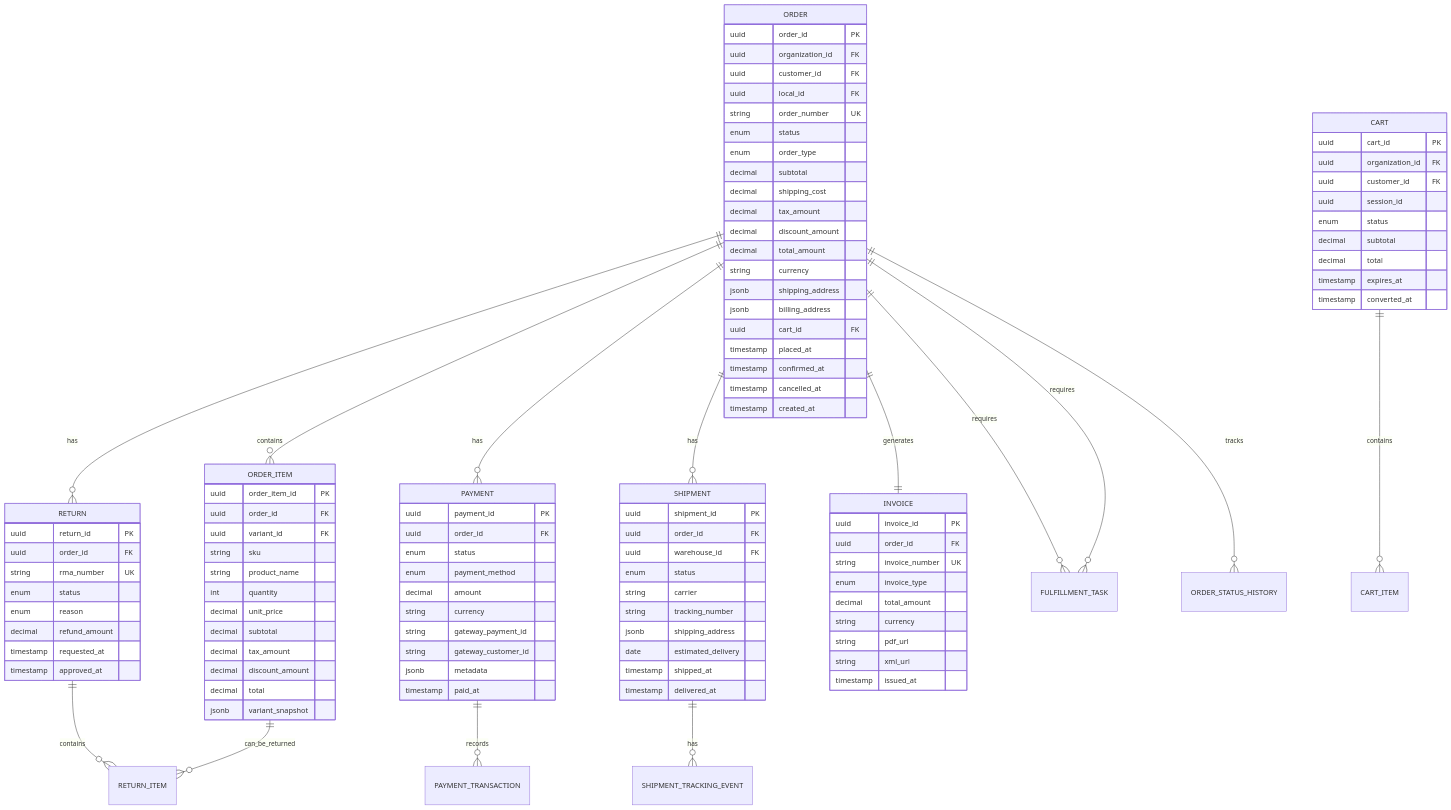
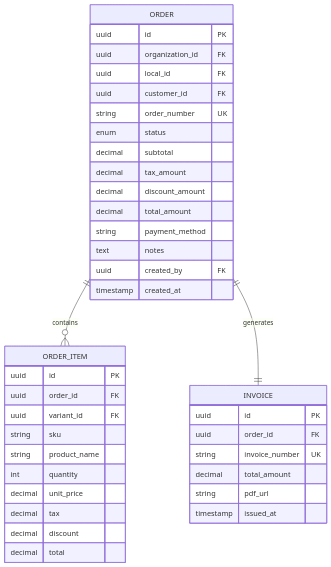
The first of 2 diagrams in documentacion/docs/02-microservicios/order-service/03-modelo-datos.md (captainsparrow10/zenlogic), drawn with Mermaid before and after one commit. The commit also changed other lines of this file and 48 other files, not shown here.

````diff
--- a/documentacion/docs/02-microservicios/order-service/03-modelo-datos.md
+++ b/documentacion/docs/02-microservicios/order-service/03-modelo-datos.md
@@ -11,118 +39,44 @@
 ```mermaid
 erDiagram
     ORDER ||--o{ ORDER_ITEM : contains
-    ORDER ||--o{ PAYMENT : has
-    ORDER ||--o{ SHIPMENT : has
-    ORDER ||--o{ RETURN : has
     ORDER ||--|| INVOICE : generates
-    ORDER ||--o{ FULFILLMENT_TASK : requires
-    ORDER ||--o{ ORDER_STATUS_HISTORY : tracks
-
-    CART ||--o{ CART_ITEM : contains
-
-    SHIPMENT ||--o{ SHIPMENT_TRACKING_EVENT : has
-    RETURN ||--o{ RETURN_ITEM : contains
-
-    PAYMENT ||--o{ PAYMENT_TRANSACTION : records
-    ORDER_ITEM ||--o{ RETURN_ITEM : can_be_returned
-    ORDER ||--o{ FULFILLMENT_TASK : requires
 
     ORDER {
-        uuid order_id PK
+        uuid id PK
         uuid organization_id FK
+        uuid local_id FK
         uuid customer_id FK
-        uuid local_id FK
         string order_number UK
         enum status
-        enum order_type
         decimal subtotal
-        decimal shipping_cost
         decimal tax_amount
         decimal discount_amount
         decimal total_amount
-        string currency
-        jsonb shipping_address
-        jsonb billing_address
-        uuid cart_id FK
-        timestamp placed_at
-        timestamp confirmed_at
-        timestamp cancelled_at
+        string payment_method
+        text notes
+        uuid created_by FK
         timestamp created_at
     }
 
     ORDER_ITEM {
-        uuid order_item_id PK
+        uuid id PK
         uuid order_id FK
         uuid variant_id FK
         string sku
         string product_name
         int quantity
         decimal unit_price
-        decimal subtotal
-        decimal tax_amount
-        decimal discount_amount
+        decimal tax
+        decimal discount
         decimal total
-        jsonb variant_snapshot
-    }
-
-    CART {
-        uuid cart_id PK
-        uuid organization_id FK
-        uuid customer_id FK
-        uuid session_id
-        enum status
-        decimal subtotal
-        decimal total
-        timestamp expires_at
-        timestamp converted_at
-    }
-
-    PAYMENT {
-        uuid payment_id PK
-        uuid order_id FK
-        enum status
-        enum payment_method
-        decimal amount
-        string currency
-        string gateway_payment_id
-        string gateway_customer_id
-        jsonb metadata
-        timestamp paid_at
-    }
-
-    SHIPMENT {
-        uuid shipment_id PK
-        uuid order_id FK
-        uuid warehouse_id FK
-        enum status
-        string carrier
-        string tracking_number
-        jsonb shipping_address
-        date estimated_delivery
-        timestamp shipped_at
-        timestamp delivered_at
-    }
-
-    RETURN {
-        uuid return_id PK
-        uuid order_id FK
-        string rma_number UK
-        enum status
-        enum reason
-        decimal refund_amount
-        timestamp requested_at
-        timestamp approved_at
     }
 
     INVOICE {
-        uuid invoice_id PK
+        uuid id PK
         uuid order_id FK
         string invoice_number UK
-        enum invoice_type
         decimal total_amount
-        string currency
         string pdf_url
-        string xml_url
         timestamp issued_at
     }
 ```
````
